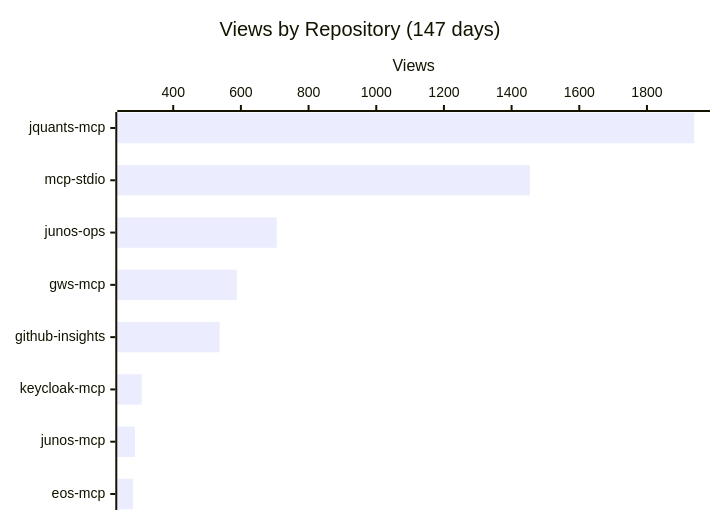
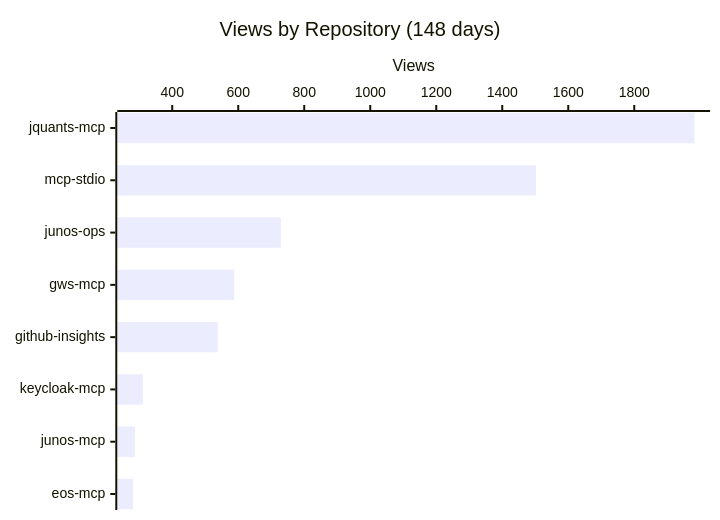
One commit to shigechika/github-insights changed the first of 4 diagrams in README.md. Above: the diagram before and after it, drawn with Mermaid. The commit also changed other lines of this file and 2 other files, not shown here.

````diff
--- a/README.md
+++ b/README.md
@@ -18,7 +18,7 @@
 ```mermaid
 xychart-beta horizontal
-    title "Views by Repository (147 days)"
+    title "Views by Repository (148 days)"
     x-axis ["jquants-mcp", "mcp-stdio", "junos-ops", "gws-mcp", "github-insights", "keycloak-mcp", "junos-mcp", "eos-mcp"]
     y-axis "Views"
-    bar [1940, 1454, 706, 588, 537, 307, 287, 281]
+    bar [1982, 1502, 729, 588, 538, 311, 287, 281]
 ```
````
